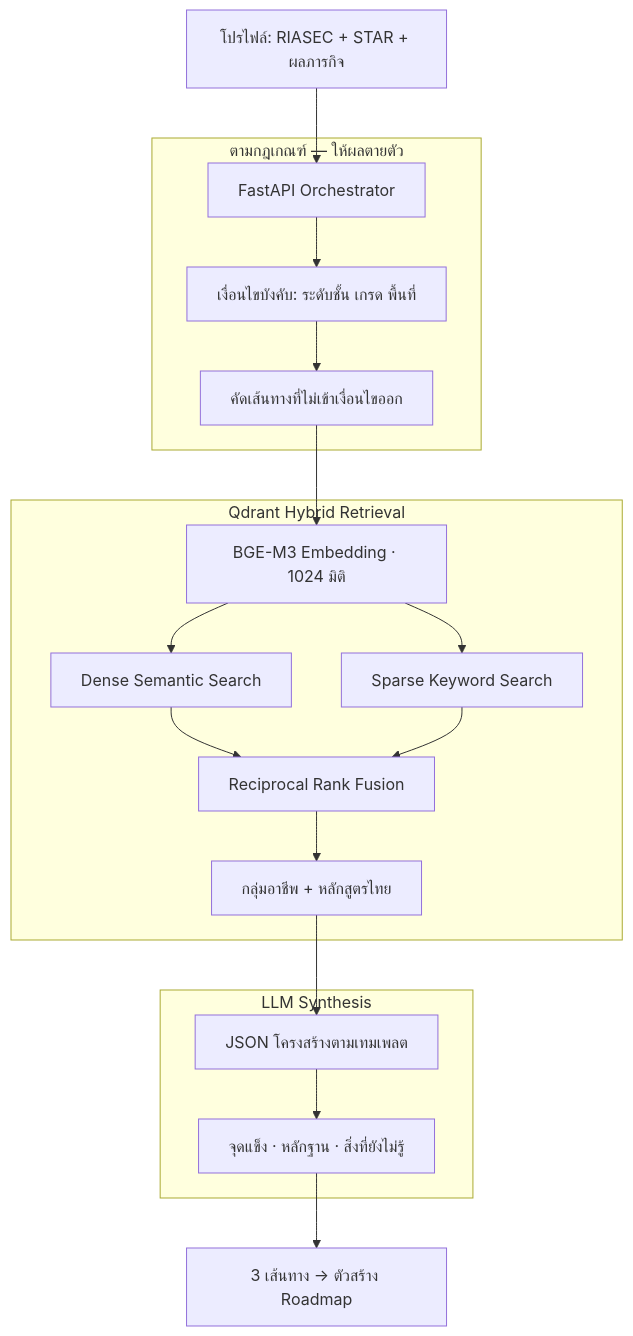
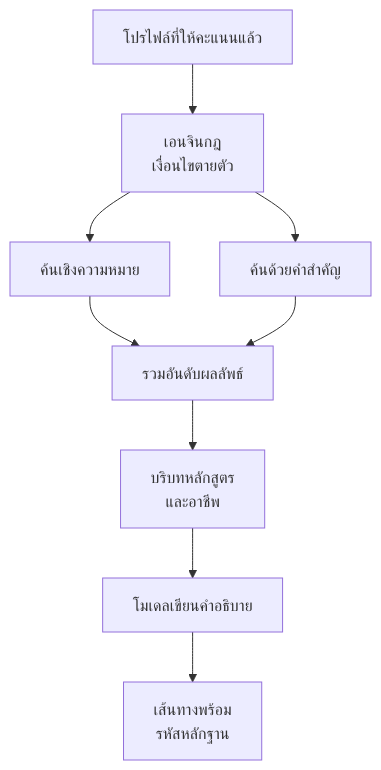
Before and after one commit to winxtxrgit/futureme-ai: the third of 4 diagrams in READMETH.md, drawn with Mermaid. The commit also changed other lines of this file and 4 other files, not shown here.

````diff
--- a/READMETH.md
+++ b/READMETH.md
@@ -296,25 +352,11 @@
 ```mermaid
 flowchart TD
-    A["โปรไฟล์: RIASEC + STAR + ผลภารกิจ"] --> B["FastAPI Orchestrator"]
-
-    subgraph RULES ["ตามกฎเกณฑ์ — ให้ผลตายตัว"]
-        B --> C["เงื่อนไขบังคับ: ระดับชั้น เกรด พื้นที่"]
-        C --> D["คัดเส้นทางที่ไม่เข้าเงื่อนไขออก"]
-    end
-
-    subgraph RAG ["Qdrant Hybrid Retrieval"]
-        D --> E["BGE-M3 Embedding · 1024 มิติ"]
-        E --> F["Dense Semantic Search"]
-        E --> G["Sparse Keyword Search"]
-        F --> H["Reciprocal Rank Fusion"]
-        G --> H
-        H --> I["กลุ่มอาชีพ + หลักสูตรไทย"]
-    end
-
-    subgraph SYNTH ["LLM Synthesis"]
-        I --> J["JSON โครงสร้างตามเทมเพลต"]
-        J --> K["จุดแข็ง · หลักฐาน · สิ่งที่ยังไม่รู้"]
-    end
-
-    K --> L["3 เส้นทาง → ตัวสร้าง Roadmap"]
+    A["โปรไฟล์ที่ให้คะแนนแล้ว"] --> B["เอนจินกฎ<br/>เงื่อนไขตายตัว"]
+    B --> C["ค้นเชิงความหมาย"]
+    B --> D["ค้นด้วยคำสำคัญ"]
+    C --> E["รวมอันดับผลลัพธ์"]
+    D --> E
+    E --> F["บริบทหลักสูตร<br/>และอาชีพ"]
+    F --> G["โมเดลเขียนคำอธิบาย"]
+    G --> H["เส้นทางพร้อม<br/>รหัสหลักฐาน"]
 ```
````
